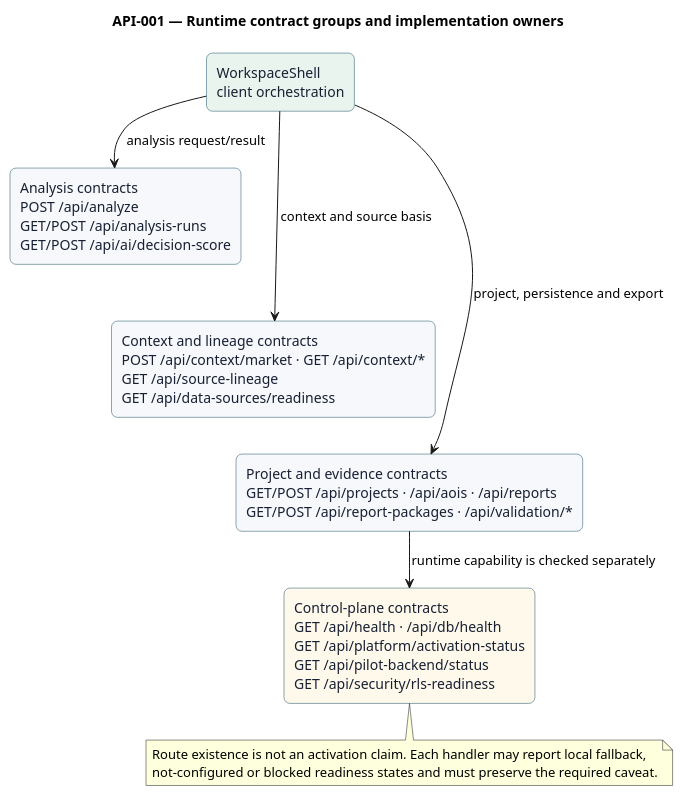
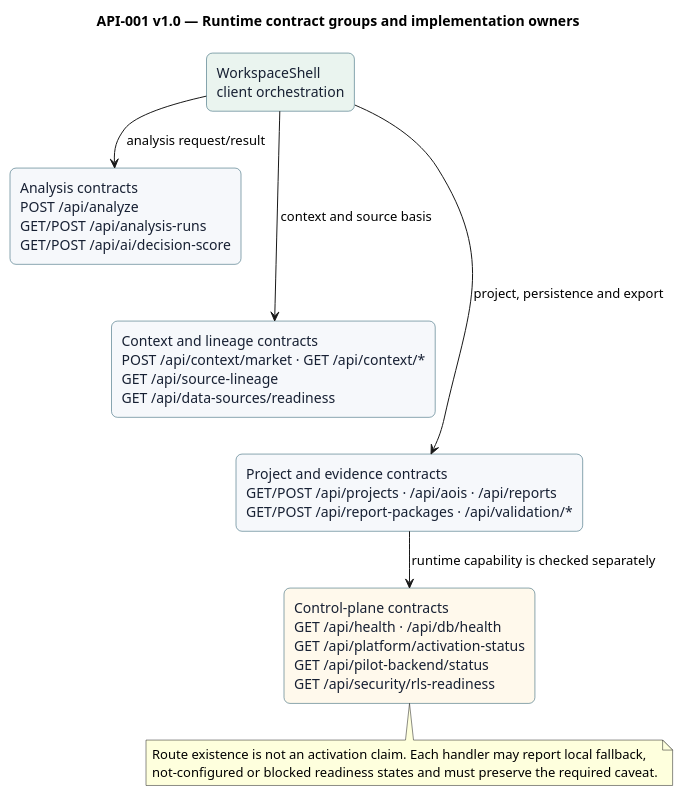
The diagram in docs/artifacts/api/API-001-runtime-contracts.puml (mmgolikov/geoai-mvp), drawn with PlantUML before and after one commit. The commit also changed 30 other files, not shown here.

Commit message:
docs: preserve controlled architecture versions

```diff
--- a/docs/artifacts/api/API-001-runtime-contracts.puml
+++ b/docs/artifacts/api/API-001-runtime-contracts.puml
@@ -1,32 +1,32 @@
 @startuml API-001
 !pragma layout smetana
-title API-001 — Runtime contract groups and implementation owners
+title API-001 v1.0 — Runtime contract groups and implementation owners
 top to bottom direction
 skinparam backgroundColor #FFFFFF
 skinparam shadowing false
 skinparam defaultFontName Arial
 skinparam rectangle {
   BackgroundColor #F6F8FB
   BorderColor #174F63
   FontColor #172033
   RoundCorner 12
 }
 
 rectangle "WorkspaceShell\nclient orchestration" as Client #EAF4EF
 rectangle "Analysis contracts\nPOST /api/analyze\nGET/POST /api/analysis-runs\nGET/POST /api/ai/decision-score" as Analysis
 rectangle "Context and lineage contracts\nPOST /api/context/market · GET /api/context/*\nGET /api/source-lineage\nGET /api/data-sources/readiness" as Context
 rectangle "Project and evidence contracts\nGET/POST /api/projects · /api/aois · /api/reports\nGET/POST /api/report-packages · /api/validation/*" as Evidence
 rectangle "Control-plane contracts\nGET /api/health · /api/db/health\nGET /api/platform/activation-status\nGET /api/pilot-backend/status\nGET /api/security/rls-readiness" as Control #FFF9EC
 
 Client -down-> Analysis : analysis request/result
 Client -down-> Context : context and source basis
 Client -down-> Evidence : project, persistence and export
 Evidence -down-> Control : runtime capability is checked separately
 Context -[hidden]down-> Evidence
 Analysis -[hidden]down-> Context
 
 note bottom of Control
 Route existence is not an activation claim. Each handler may report local fallback,
 not-configured or blocked readiness states and must preserve the required caveat.
 end note
 @enduml
```
